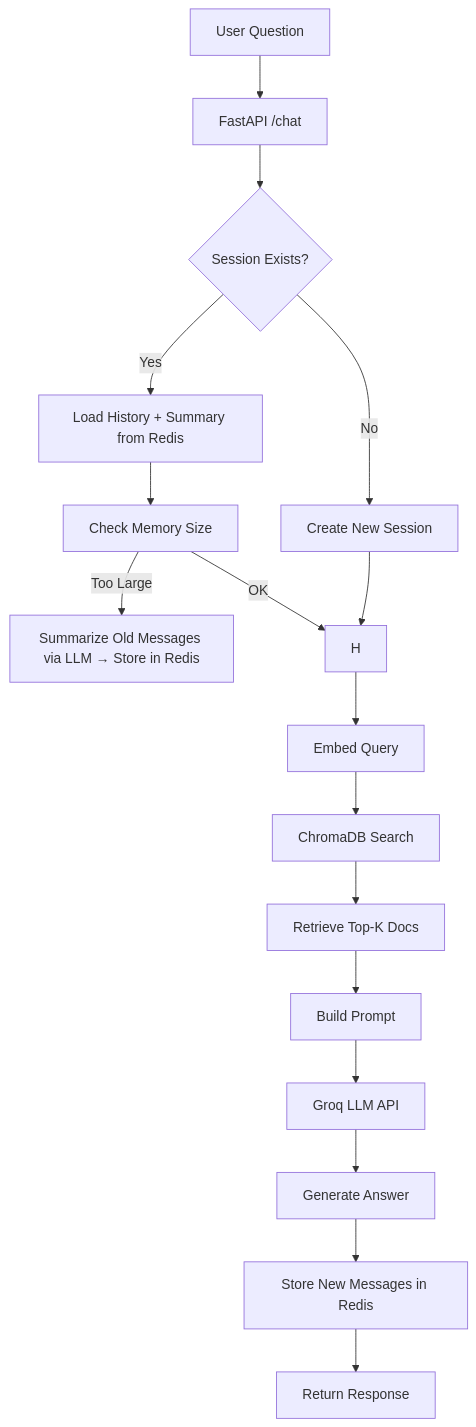
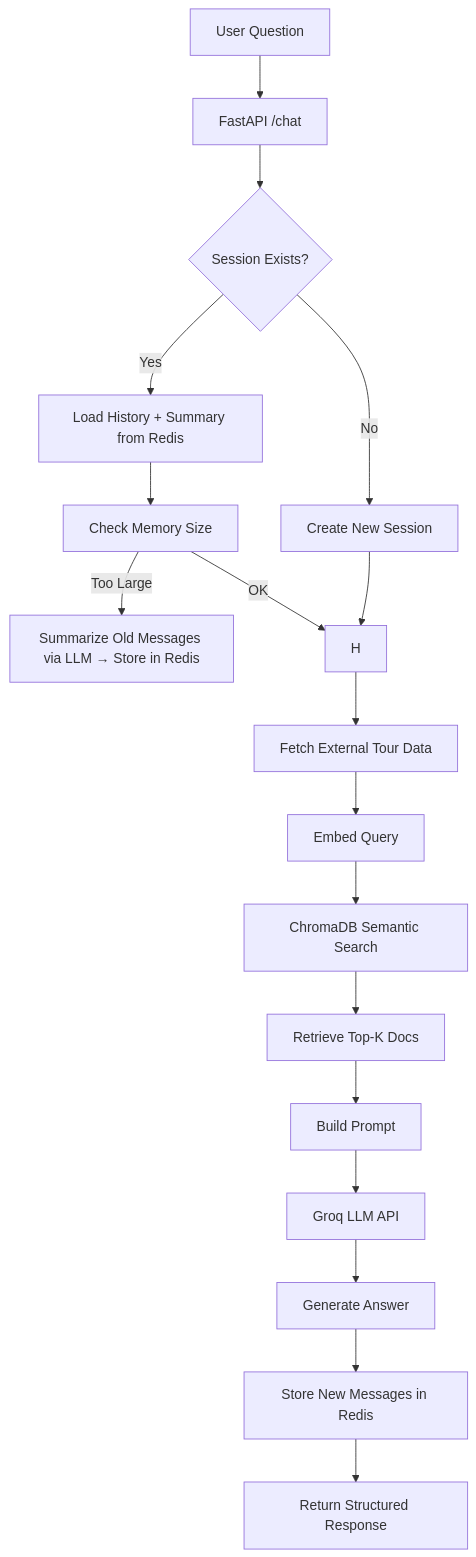
Before and after one commit to salahinmushfiq/smart_travel_ai: the first of 2 diagrams in README.md, drawn with Mermaid. The commit also changed other lines of this file, not shown here.

````diff
--- a/README.md
+++ b/README.md
@@ -161,27 +234,29 @@
 ```mermaid
 flowchart TD
 
 A[User Question] --> B[FastAPI /chat]
 
 B --> C{Session Exists?}
 C -->|Yes| D[Load History + Summary from Redis]
 C -->|No| E[Create New Session]
 
 D --> F[Check Memory Size]
 F -->|Too Large| G[Summarize Old Messages via LLM → Store in Redis]
 F -->|OK| H
 
 E --> H
 
-H --> I[Embed Query]
-I --> J[ChromaDB Search]
-J --> K[Retrieve Top-K Docs]
+H --> I[Fetch External Tour Data]
 
-K --> L[Build Prompt]
-L --> M[Groq LLM API]
+I --> J[Embed Query]
+J --> K[ChromaDB Semantic Search]
+K --> L[Retrieve Top-K Docs]
 
-M --> N[Generate Answer]
+L --> M[Build Prompt]
+M --> N[Groq LLM API]
 
-N --> O[Store New Messages in Redis]
-O --> P[Return Response]
+N --> O[Generate Answer]
+
+O --> P[Store New Messages in Redis]
+P --> Q[Return Structured Response]
 ```
````
